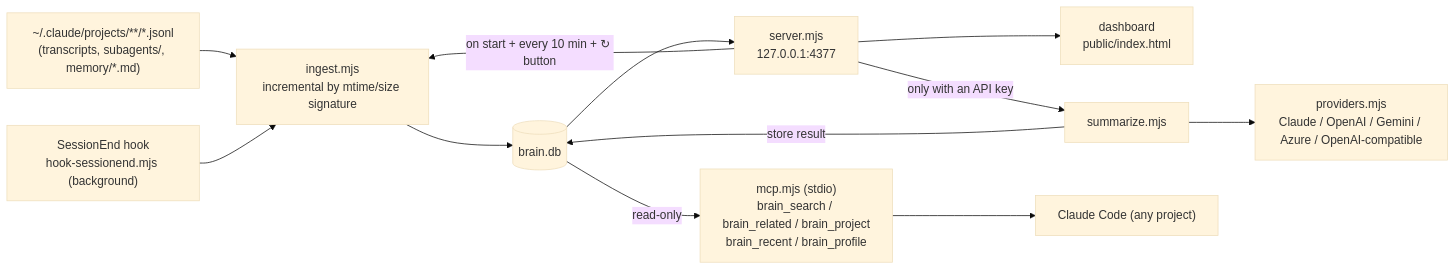
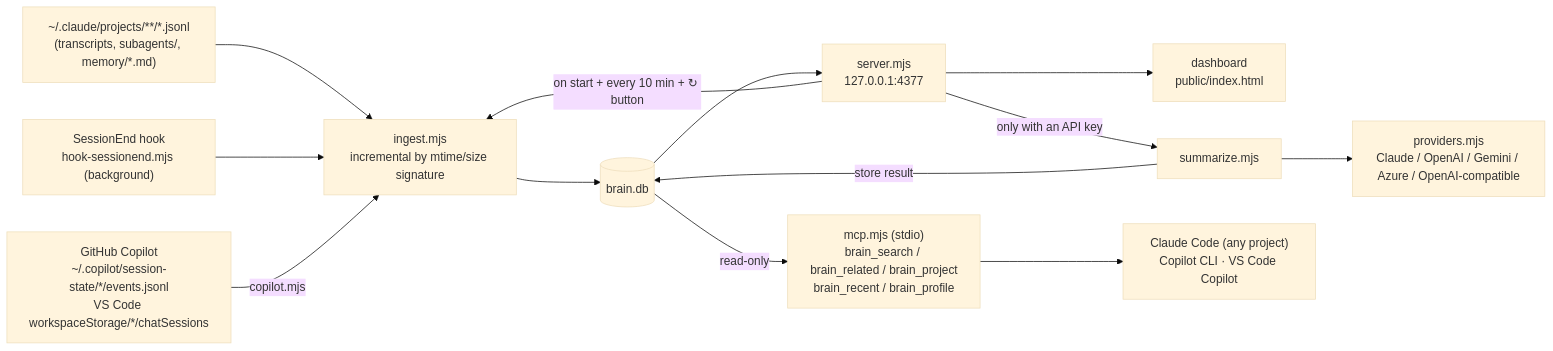
Before and after one commit to hienct-fpt/personal-brain: the first of 5 diagrams in docs/PLAN.md, drawn with Mermaid (base theme). The commit also changed other lines of this file and 13 other files, not shown here.

First line of the commit message:
Add GitHub Copilot support: CLI + VS Code Chat ingest, MCP for Copilot

````diff
--- a/docs/PLAN.md
+++ b/docs/PLAN.md
@@ -37,14 +37,15 @@
 ```mermaid
 flowchart LR
   T["~/.claude/projects/**/*.jsonl<br/>(transcripts, subagents/, memory/*.md)"] --> I
   H["SessionEnd hook<br/>hook-sessionend.mjs (background)"] --> I
+  CP["GitHub Copilot<br/>~/.copilot/session-state/*/events.jsonl<br/>VS Code workspaceStorage/*/chatSessions"] -->|"copilot.mjs"| I
   I["ingest.mjs<br/>incremental by mtime/size signature"] --> DB[("brain.db")]
   DB --> S["server.mjs<br/>127.0.0.1:4377"]
   S --> UI["dashboard<br/>public/index.html"]
   S -->|"on start + every 10 min + ↻ button"| I
   S -->|"only with an API key"| SM["summarize.mjs"]
   SM --> P["providers.mjs<br/>Claude / OpenAI / Gemini / Azure / OpenAI-compatible"]
   SM -->|"store result"| DB
   DB -->|"read-only"| M["mcp.mjs (stdio)<br/>brain_search / brain_related / brain_project<br/>brain_recent / brain_profile"]
-  M --> CC["Claude Code (any project)"]
+  M --> CC["Claude Code (any project)<br/>Copilot CLI · VS Code Copilot"]
 ```
````
